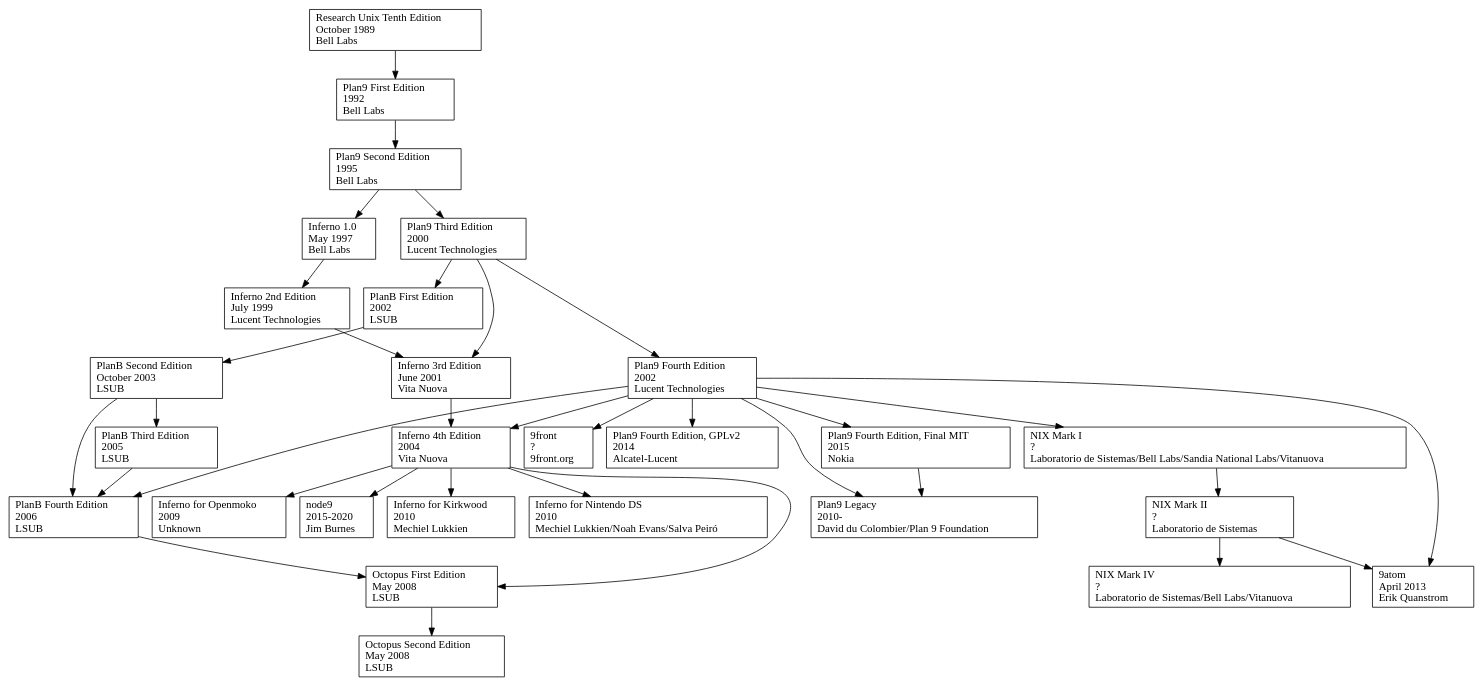
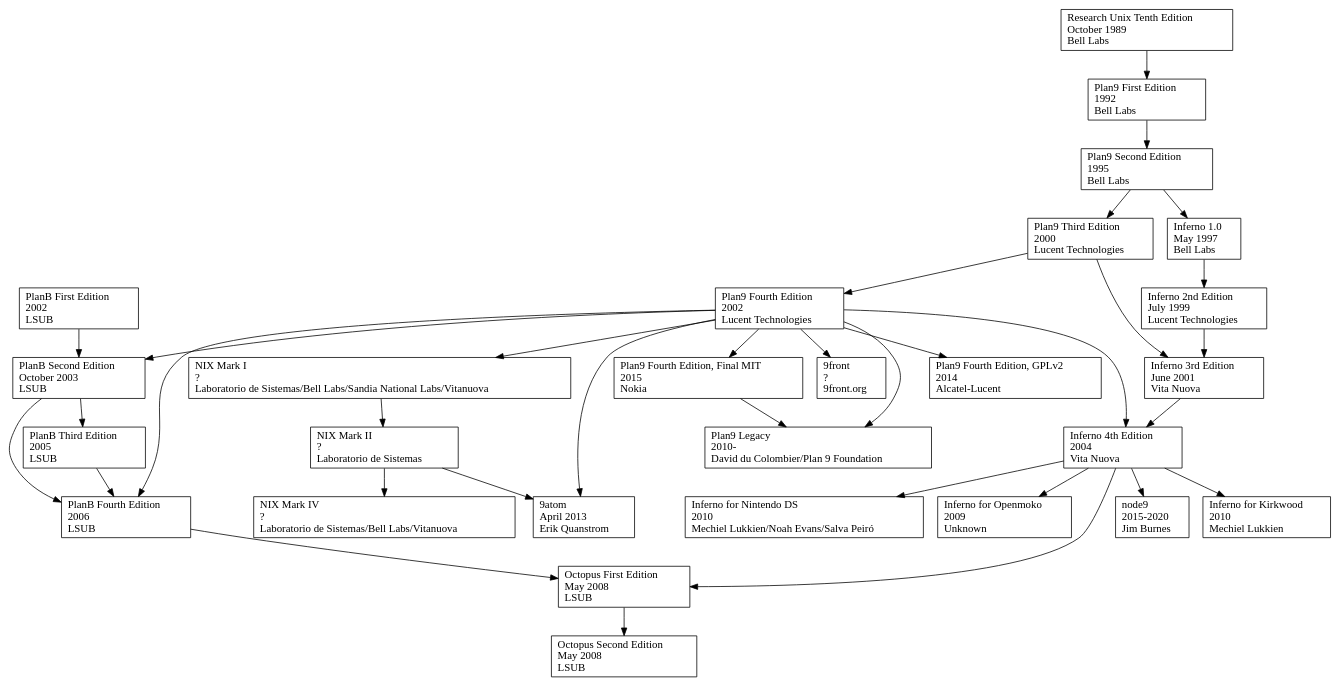
One commit to da4089/plan9-history changed the diagram in plan9.dot. Above: the diagram before and after it, drawn with Graphviz.

Commit message:
PlanB 1st edition not based on Plan9.
See notes/nemo-reply-20230104.txt, where nemo recalls that 1st edition
was not based on Plan9.  2nd edition based on P9 4th ed.

```diff
--- a/plan9.dot
+++ b/plan9.dot
@@ -1,159 +1,160 @@
 digraph D {
 
         node [shape=record];
 
         // --------------------
         // Research Unix
 
         // unix7ed [label="Research Unix Seventh Edition\lJanuary 1979\lBell Labs\l"]
         // unix8ed [label="Research Unix Eighth Edition\lFebruary 1985\lBell Labs\l"]
         // unix9ed [label="Research Unix Ninth Edition\lSeptember 1986\lBell Labs\l"]
         unix10ed [label="Research Unix Tenth Edition\lOctober 1989\lBell Labs\l"]
 
         // --------------------
         // Plan 9 from Bell Labs
 
         p91ed [label="Plan9 First Edition\l1992\lBell Labs\l"]
         p92ed [label="Plan9 Second Edition\l1995\lBell Labs\l"]
         p93ed [label="Plan9 Third Edition\l2000\lLucent Technologies\l"]
         p94ed [label="Plan9 Fourth Edition\l2002\lLucent Technologies\l"]
 
         p94ed_gpl [label="Plan9 Fourth Edition, GPLv2\l2014\lAlcatel-Lucent\l"]
         p94ed_final [label="Plan9 Fourth Edition, Final MIT\l2015\lNokia\l"]
 
         // --------------------
         // 9legacy
         // originally, a set of patches against sources @ Bell Labs, maintained by David du Colombier
         // now a full distrubtion, at 9legacy.org
 
         p9legacy [label="Plan9 Legacy\l2010-\lDavid du Colombier/Plan 9 Foundation\l"]
 
 
         // --------------------
         // Plan B
         // nemo & co
 
         // 1st ed, user man tr
         planb1ed [label="PlanB First Edition\l2002\lLSUB\l"]
 
         // 2nd edition user manual, Postscript
         planb2ed [label="PlanB Second Edition\lOctober 2003\lLSUB\l"]
 
         // 3rd ed user manual, GSYC-TR-2005-04
         planb3ed [label="PlanB Third Edition\l2005\lLSUB\l"]
 
         // 4th ed user manual
         // 4th ed source at https://github.com/fjballest/planb
         planb4ed [label="PlanB Fourth Edition\l2006\lLSUB\l"]
 
         // --------------------
         // Octopus
         octopus1ed [label="Octopus First Edition\lMay 2008\lLSUB\l"]
 
         // 2nd Edition
         octopus2ed [label="Octopus Second Edition\lMay 2008\lLSUB\l"]
 
         // --------------------
         // NIX
 
         nixmk1 [label="NIX Mark I\l?\lLaboratorio de Sistemas/Bell Labs/Sandia National Labs/Vitanuova\l"]
         nixmk2 [label="NIX Mark II\l?\lLaboratorio de Sistemas\l"]
         nixmk4 [label="NIX Mark IV\l?\lLaboratorio de Sistemas/Bell Labs/Vitanuova\l"]
 
         // --------------------
         // 9atom
 
         p9atom [label="9atom\lApril 2013\lErik Quanstrom\l"]
 
         // --------------------
         // 9front
 
         p9front [label="9front\l?\l9front.org\l"]
 
         // --------------------
         // node9
 
         node9 [label="node9\l2015-2020\lJim Burnes\l"]
 
         // --------------------
         // Inferno
 
         inferno1ed [label="Inferno 1.0\lMay 1997\lBell Labs\l"]
         inferno2ed [label="Inferno 2nd Edition\lJuly 1999\lLucent Technologies\l"]
         inferno3ed [label="Inferno 3rd Edition\lJune 2001\lVita Nuova\l"]
         inferno4ed [label="Inferno 4th Edition\l2004\lVita Nuova\l"]
 
         // --------------------
         // Inferno for Sheevaplug (Marvell Kirkwood)
         // https://github.com/mjl-/inferno-kirkwood
 
         inferno_kirkwood [label="Inferno for Kirkwood\l2010\lMechiel Lukkien\l"]
 
         // --------------------
         // Inferno for Nintendo DS
 
 
         inferno_ds [label="Inferno for Nintendo DS\l2010\lMechiel Lukkien/Noah Evans/Salva Peiró\l"]
 
         // --------------------
         // Inferno for Nintendo DS
         // https://github.com/Plan9-Archive/inferno-openmoko
 
         inferno_openmoko [label="Inferno for Openmoko\l2009\lUnknown\l"]
 
 
 
         // unix7ed       -> unix8ed
         // unix8ed       -> unix9ed
         // unix9ed       -> unix10ed
         unix10ed      -> p91ed
 
         p91ed         -> p92ed
         p92ed         -> p93ed
         p93ed         -> p94ed
 
         p94ed         -> p9legacy
         p94ed         -> p94ed_gpl
         p94ed         -> p94ed_final
 
         p94ed_final   -> p9legacy
 
         p92ed         -> inferno1ed
         inferno1ed    -> inferno2ed
         inferno2ed    -> inferno3ed
         p93ed         -> inferno3ed
         inferno3ed    -> inferno4ed
         p94ed         -> inferno4ed
 
-        // PlanB based on Plan9, 3rd edition (guess, based on dates)
-        p93ed         -> planb1ed
+        // PlanB 1ed not based on Plan9 (says nemo)
 
+        // PlanB 2ed based on Plan9 4ed (says nemo)
         planb1ed      -> planb2ed
+        p94ed         -> planb2ed
 
         planb2ed      -> planb3ed
 
         planb2ed      -> planb4ed
         planb3ed      -> planb4ed
         p94ed         -> planb4ed
 
         planb4ed      -> octopus1ed
         inferno4ed    -> octopus1ed
         octopus1ed    -> octopus2ed
 
         p94ed         -> nixmk1
         nixmk1        -> nixmk2
         nixmk2        -> nixmk4
 
         nixmk2        -> p9atom
         p94ed         -> p9atom
 
         p94ed         -> p9front
 
         inferno4ed    -> node9
 
         inferno4ed    -> inferno_kirkwood
 
         inferno4ed    -> inferno_ds
 
         inferno4ed    -> inferno_openmoko
 }
```
